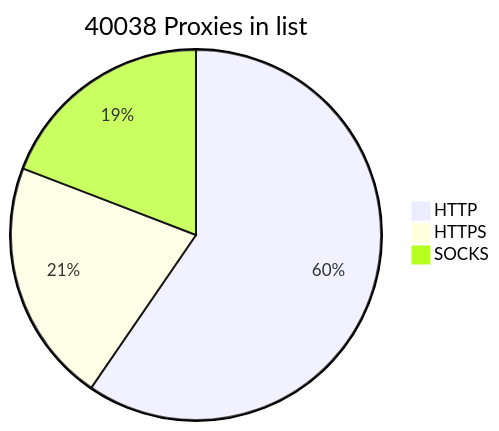
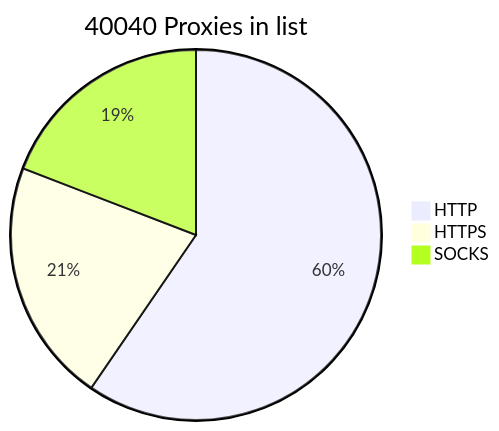
The diagram in README.md (BlackSnowDot/proxylist-update-every-minute), drawn with Mermaid before and after one commit.

````diff
--- a/README.md
+++ b/README.md
@@ -2,6 +2,6 @@
 ```mermaid
-pie title 40038 Proxies in list
-    "HTTP" : 27817
-    "HTTPS": 9938
+pie title 40040 Proxies in list
+    "HTTP" : 27820
+    "HTTPS": 9945
     "SOCKS" : 8946
 ```
````
